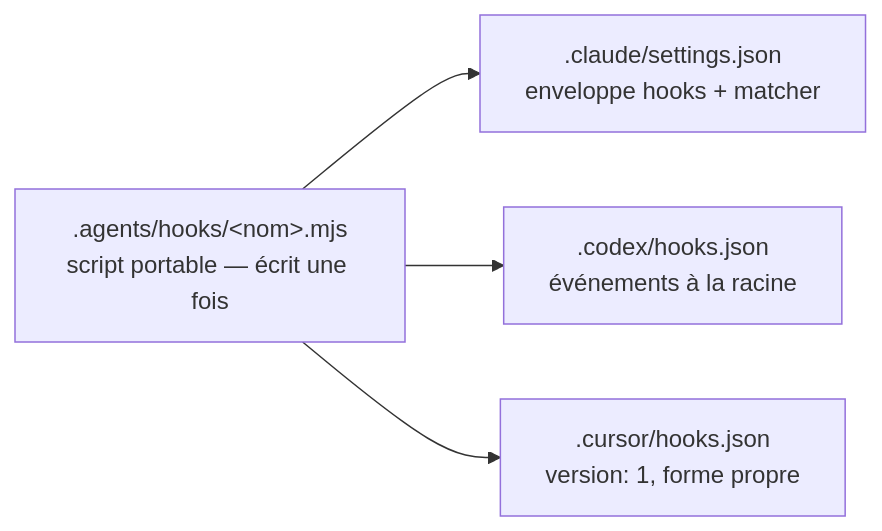
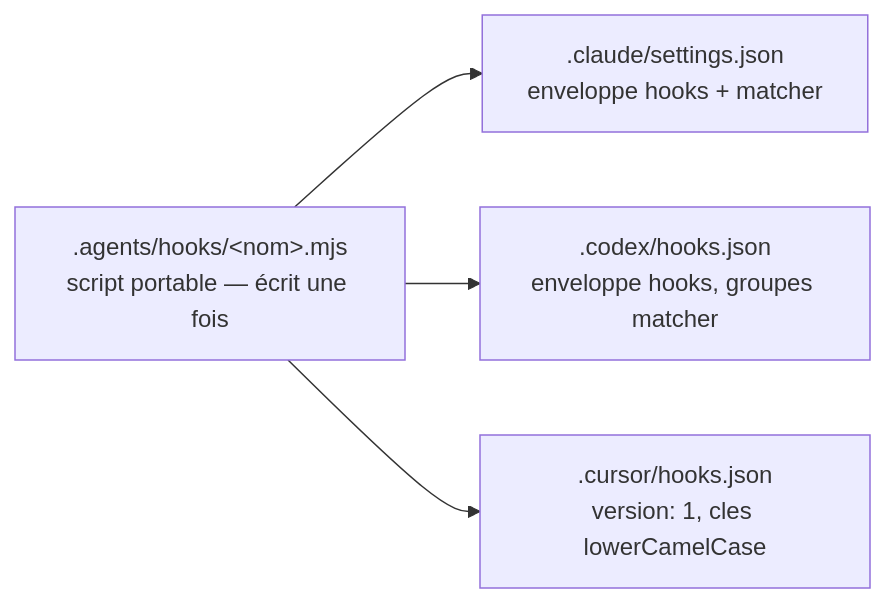
The diagram in docs/harness.md (PicardRaphael/agentsdir), drawn with Mermaid before and after one commit. The commit also changed other lines of this file and 8 other files, not shown here.

````diff
--- a/docs/harness.md
+++ b/docs/harness.md
@@ -34,7 +34,7 @@
 ```mermaid
 flowchart LR
     S[".agents/hooks/&lt;nom&gt;.mjs<br/>script portable — écrit une fois"]
     S --> A[".claude/settings.json<br/>enveloppe hooks + matcher"]
-    S --> B[".codex/hooks.json<br/>événements à la racine"]
-    S --> C[".cursor/hooks.json<br/>version: 1, forme propre"]
+    S --> B[".codex/hooks.json<br/>enveloppe hooks, groupes matcher"]
+    S --> C[".cursor/hooks.json<br/>version: 1, cles lowerCamelCase"]
 ```
````
